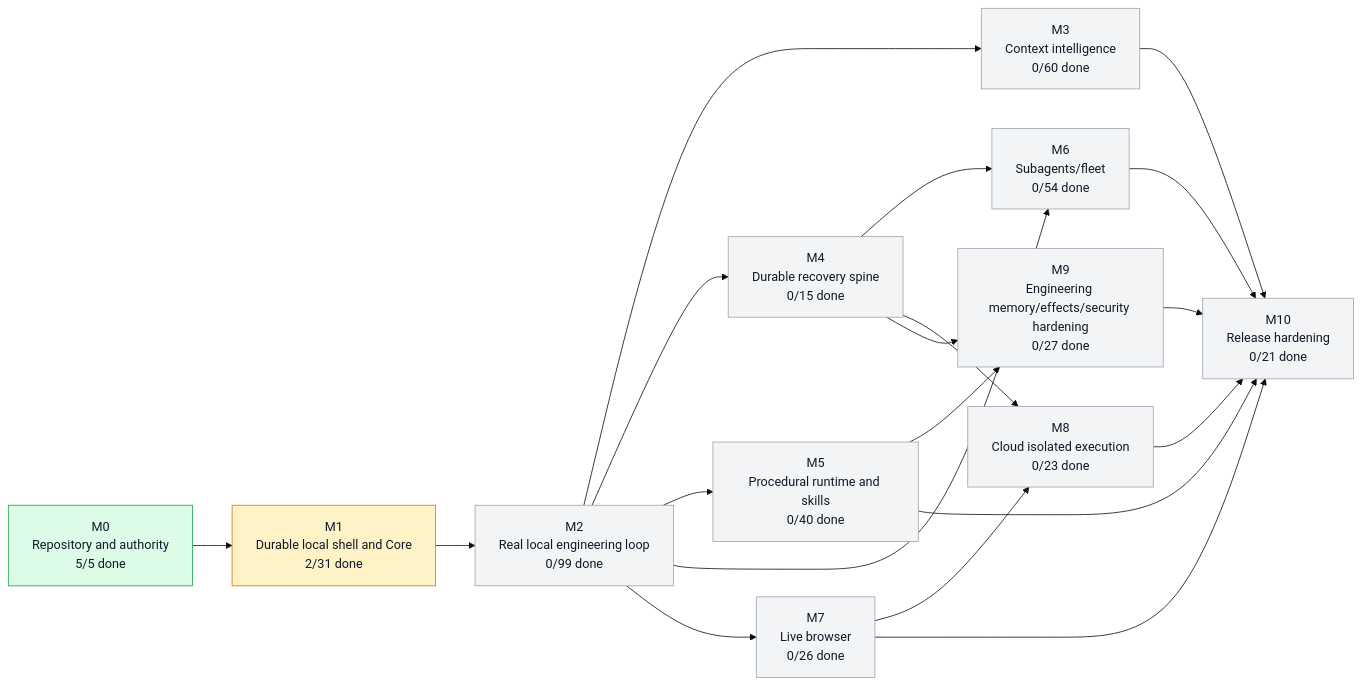
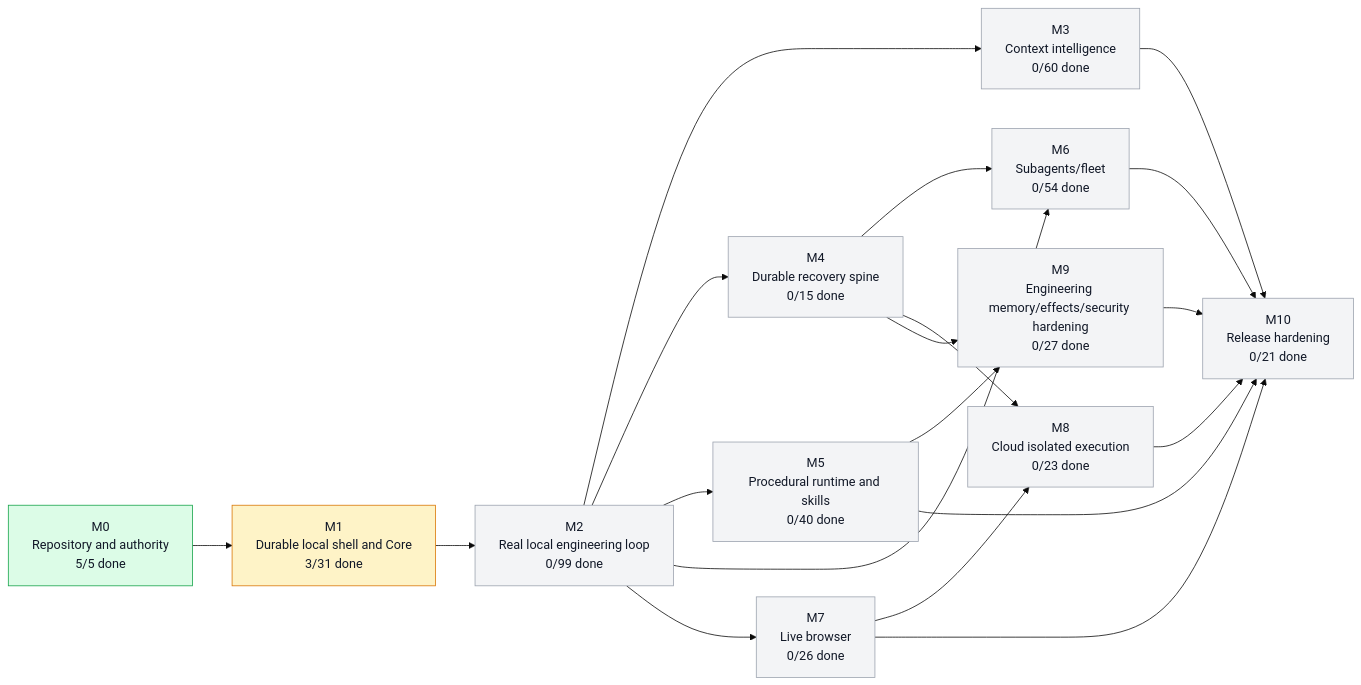
Before and after one commit to moss101/modbit: the first of 5 diagrams in graph/PROJECT_GRAPH.md, drawn with Mermaid (base theme). The commit also changed other lines of this file and 6 other files, not shown here.

````diff
--- a/graph/PROJECT_GRAPH.md
+++ b/graph/PROJECT_GRAPH.md
@@ -57,43 +57,43 @@
 ```mermaid
 flowchart LR
   M0["M0<br/>Repository and authority<br/>5/5 done"]
-  M1["M1<br/>Durable local shell and Core<br/>2/31 done"]
+  M1["M1<br/>Durable local shell and Core<br/>3/31 done"]
   M2["M2<br/>Real local engineering loop<br/>0/99 done"]
   M3["M3<br/>Context intelligence<br/>0/60 done"]
   M4["M4<br/>Durable recovery spine<br/>0/15 done"]
   M5["M5<br/>Procedural runtime and skills<br/>0/40 done"]
   M6["M6<br/>Subagents/fleet<br/>0/54 done"]
   M7["M7<br/>Live browser<br/>0/26 done"]
   M8["M8<br/>Cloud isolated execution<br/>0/23 done"]
   M9["M9<br/>Engineering memory/effects/security hardening<br/>0/27 done"]
   M10["M10<br/>Release hardening<br/>0/21 done"]
   M0 --> M1
   M1 --> M2
   M2 --> M3
   M2 --> M4
   M2 --> M5
   M2 --> M6
   M4 --> M6
   M2 --> M7
   M4 --> M8
   M7 --> M8
   M4 --> M9
   M5 --> M9
   M3 --> M10
   M5 --> M10
   M6 --> M10
   M7 --> M10
   M8 --> M10
   M9 --> M10
   style M0 fill:#dcfce7,stroke:#16a34a,color:#111827
   style M1 fill:#fef3c7,stroke:#d97706,color:#111827
   style M2 fill:#f3f4f6,stroke:#9ca3af,color:#111827
   style M3 fill:#f3f4f6,stroke:#9ca3af,color:#111827
   style M4 fill:#f3f4f6,stroke:#9ca3af,color:#111827
   style M5 fill:#f3f4f6,stroke:#9ca3af,color:#111827
   style M6 fill:#f3f4f6,stroke:#9ca3af,color:#111827
   style M7 fill:#f3f4f6,stroke:#9ca3af,color:#111827
   style M8 fill:#f3f4f6,stroke:#9ca3af,color:#111827
   style M9 fill:#f3f4f6,stroke:#9ca3af,color:#111827
   style M10 fill:#f3f4f6,stroke:#9ca3af,color:#111827
 ```
````
